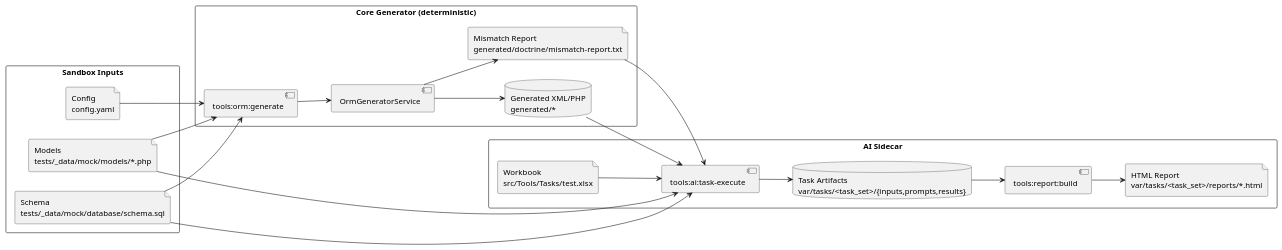
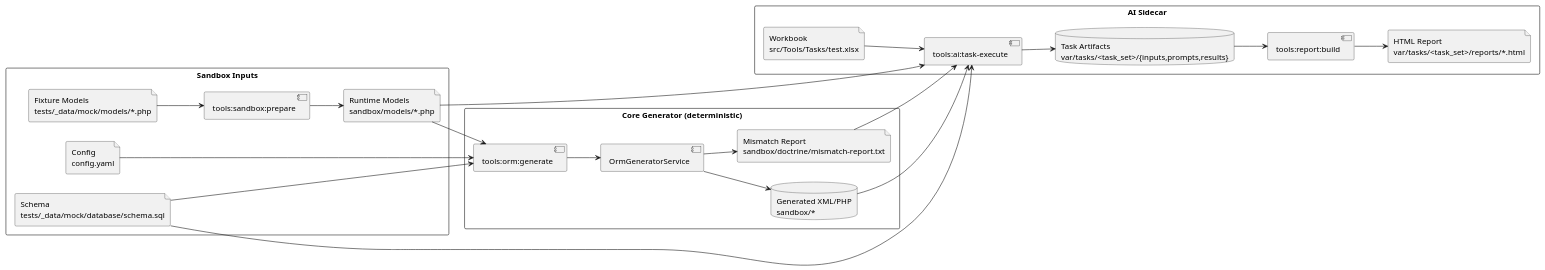
Before and after one commit to proger4/doctrinify: the diagram in docs/dataflow.puml, drawn with PlantUML. The commit also changed 51 other files, not shown here.

```diff
--- a/docs/dataflow.puml
+++ b/docs/dataflow.puml
@@ -1,43 +1,47 @@
 @startuml
 left to right direction
 
 rectangle "Sandbox Inputs" {
-    file "Models\ntests/_data/mock/models/*.php" as models
+    file "Runtime Models\nsandbox/models/*.php" as models
+    file "Fixture Models\ntests/_data/mock/models/*.php" as fixtures
     file "Schema\ntests/_data/mock/database/schema.sql" as schema
     file "Config\nconfig.yaml" as cfg
+    component "tools:sandbox:prepare" as prepCmd
 }
 
 rectangle "Core Generator (deterministic)" {
     component "tools:orm:generate" as genCmd
     component "OrmGeneratorService" as orm
-    database "Generated XML/PHP\ngenerated/*" as genOut
-    file "Mismatch Report\ngenerated/doctrine/mismatch-report.txt" as mismatch
+    database "Generated XML/PHP\nsandbox/*" as genOut
+    file "Mismatch Report\nsandbox/doctrine/mismatch-report.txt" as mismatch
 }
 
 rectangle "AI Sidecar" {
     file "Workbook\nsrc/Tools/Tasks/test.xlsx" as xlsx
     component "tools:ai:task-execute" as aiCmd
     database "Task Artifacts\nvar/tasks/<task_set>/{inputs,prompts,results}" as taskOut
     component "tools:report:build" as repCmd
     file "HTML Report\nvar/tasks/<task_set>/reports/*.html" as html
 }
 
+fixtures --> prepCmd
+prepCmd --> models
 models --> genCmd
 schema --> genCmd
 cfg --> genCmd
 
 genCmd --> orm
 orm --> genOut
 orm --> mismatch
 
 xlsx --> aiCmd
 models --> aiCmd
 schema --> aiCmd
 genOut --> aiCmd
 mismatch --> aiCmd
 aiCmd --> taskOut
 
 taskOut --> repCmd
 repCmd --> html
 
 @enduml
```
